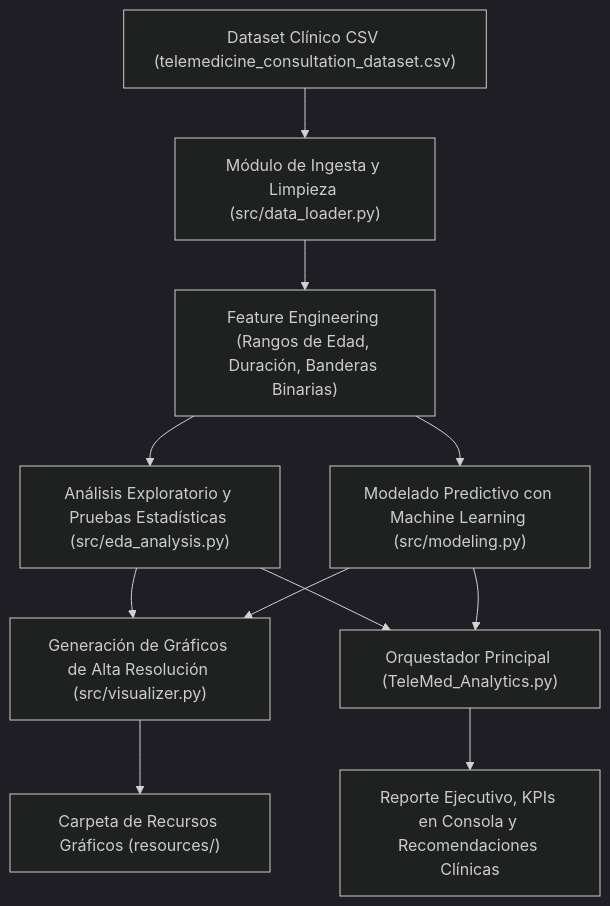
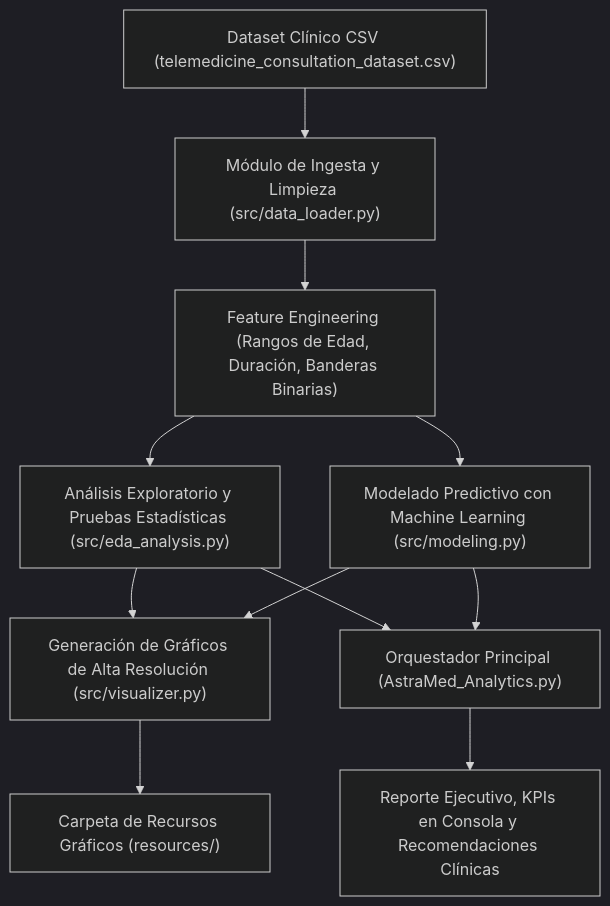
Before and after one commit to JonnyalReyes/TeleSalud360: the diagram in README.md, drawn with Mermaid (dark theme). The commit also changed other lines of this file and 11 other files, not shown here.

Commit message:
refactor: renombrar proyecto a AstraMed en documentacion, modulos, graficos y notebook

````diff
--- a/README.md
+++ b/README.md
@@ -53,13 +53,13 @@
 ```mermaid
 flowchart TD
     A["Dataset Clínico CSV (telemedicine_consultation_dataset.csv)"] --> B["Módulo de Ingesta y Limpieza (src/data_loader.py)"]
     B --> C["Feature Engineering (Rangos de Edad, Duración, Banderas Binarias)"]
     C --> D["Análisis Exploratorio y Pruebas Estadísticas (src/eda_analysis.py)"]
     C --> E["Modelado Predictivo con Machine Learning (src/modeling.py)"]
     D --> F["Generación de Gráficos de Alta Resolución (src/visualizer.py)"]
     E --> F
     F --> G["Carpeta de Recursos Gráficos (resources/)"]
-    D --> H["Orquestador Principal (TeleMed_Analytics.py)"]
+    D --> H["Orquestador Principal (AstraMed_Analytics.py)"]
     E --> H
     H --> I["Reporte Ejecutivo, KPIs en Consola y Recomendaciones Clínicas"]
 ```
````
